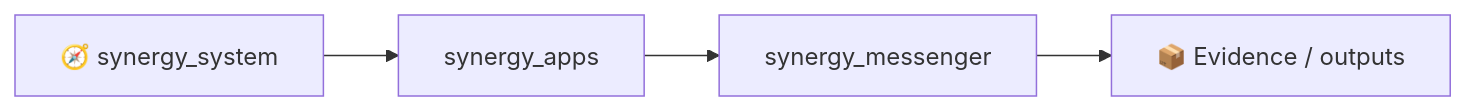
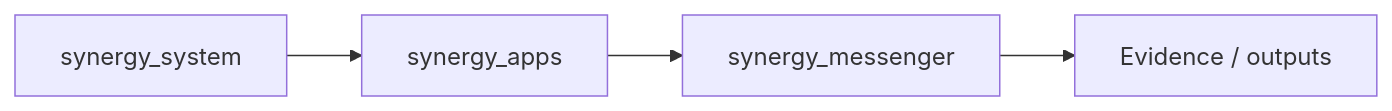
The first of 2 diagrams in README.md (Shtenco/synergy_messenger), drawn with Mermaid before and after one commit. The commit also changed other lines of this file, not shown here.

````diff
--- a/README.md
+++ b/README.md
@@ -202,6 +202,6 @@
 ```mermaid
 flowchart LR
-    SYS[🧭 synergy_system] --> P[synergy_apps]
+    SYS[ synergy_system] --> P[synergy_apps]
     P --> THIS[synergy_messenger]
-    THIS --> E[📦 Evidence / outputs]
+    THIS --> E[ Evidence / outputs]
 ```
````
